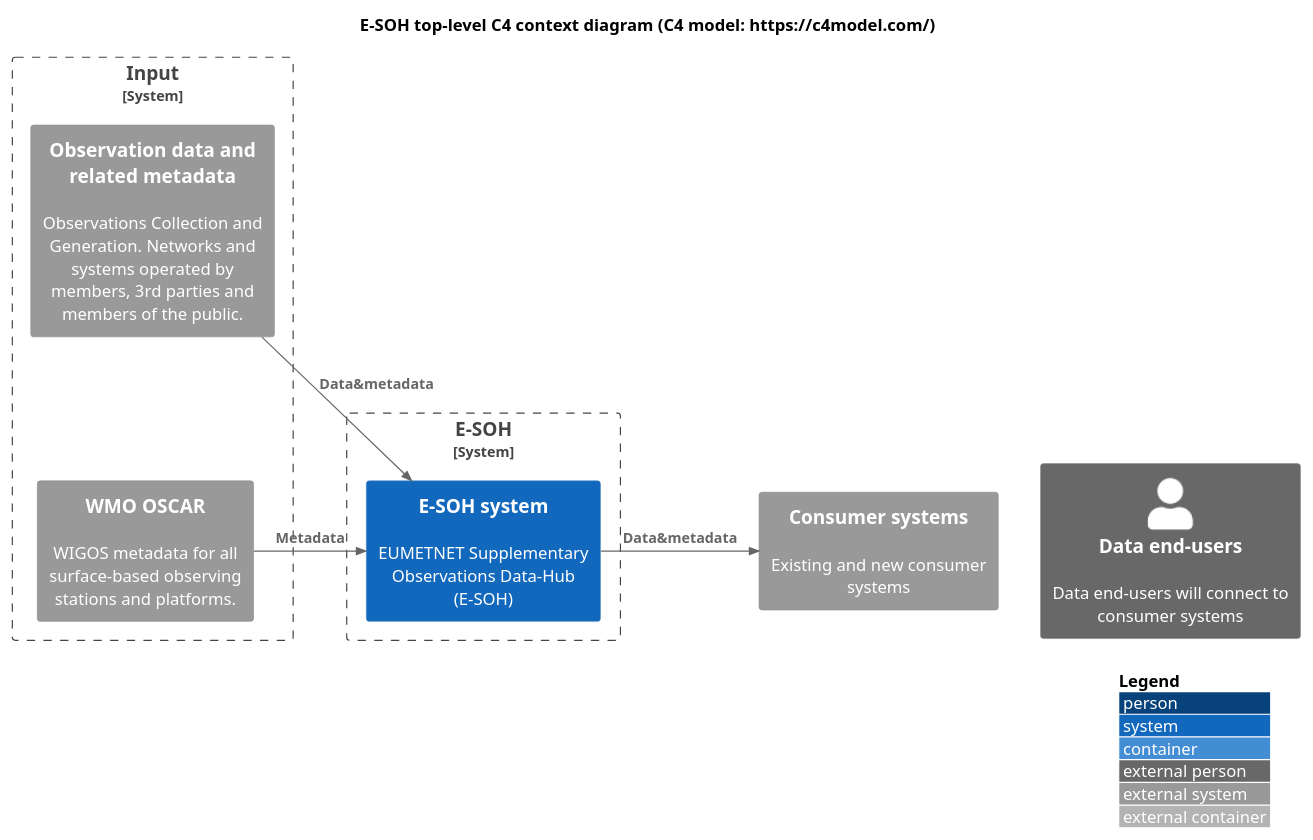
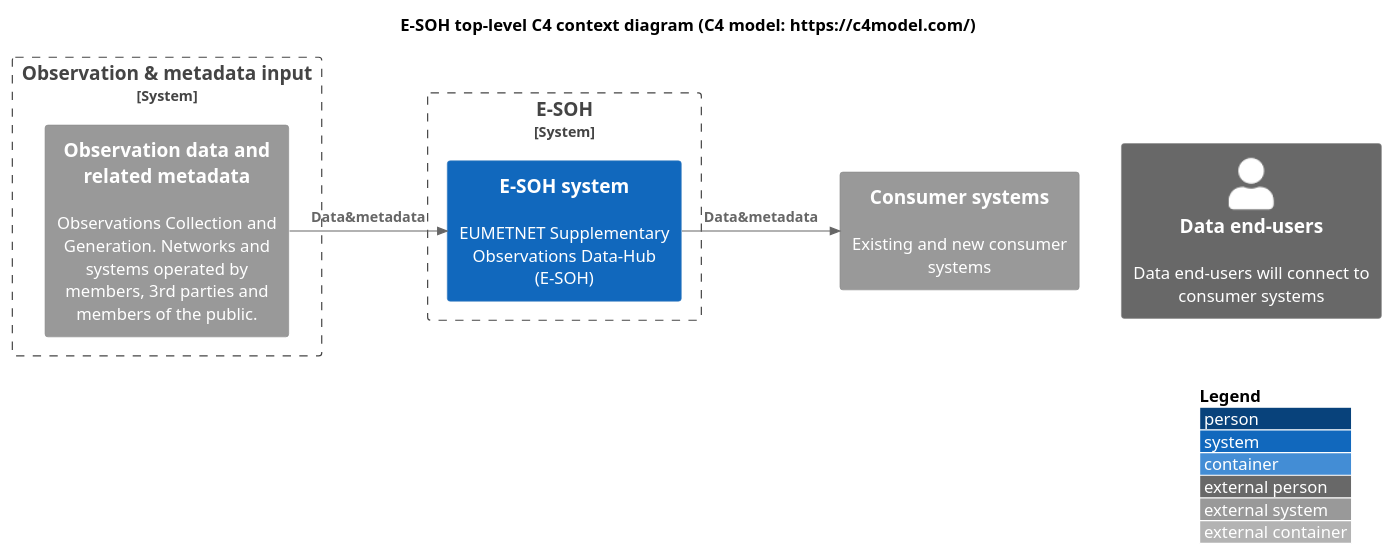
One commit to EURODEO/e-soh-c4 changed the diagram in 01-context-diagram-toplevel/E-SOH-C4-toplevel-context-diagram.puml. Above: the diagram before and after it, drawn with PlantUML. The commit also changed 2 other files, not shown here.

Commit message:
removed OSCAR from this diagram (meeting 2023-04-18)

```diff
--- a/01-context-diagram-toplevel/E-SOH-C4-toplevel-context-diagram.puml
+++ b/01-context-diagram-toplevel/E-SOH-C4-toplevel-context-diagram.puml
@@ -1,38 +1,35 @@
 @startuml "E-SOH-C4-toplevel-context-diagram"
 
 !include <C4/C4_Container>
 
 '!include https://raw.githubusercontent.com/plantuml-stdlib/C4-PlantUML/master/C4_Context.puml
 ' or use local:
 '!include C4_Context.puml
 
 'LAYOUT_TOP_DOWN()
 'LAYOUT_AS_SKETCH()
 LAYOUT_WITH_LEGEND()
 
 title E-SOH top-level C4 context diagram (C4 model: https://c4model.com/)
 
-'System_Boundary(c0, "Observation & metadata input") {
-System_Boundary(c0, "Input") {
+System_Boundary(c0, "Observation & metadata input") {
     System_Ext(srcsys, "Observation data and related metadata", "Observations Collection and Generation. Networks and systems operated by members, 3rd parties and members of the public.")
-    System_Ext(oscar, "WMO OSCAR", "WIGOS metadata for all surface-based observing stations and platforms.")
+'    System_Ext(oscar, "WMO OSCAR", "WIGOS metadata for all surface-based observing stations and platforms.")
 }
 
 System_Boundary(c1, "E-SOH") {
     System(esoh, "E-SOH system", "EUMETNET Supplementary Observations Data-Hub (E-SOH)")
 }
 
 Rel_R(srcsys, esoh, "Data&metadata")
-Rel_R(oscar, esoh, "Metadata")
 
 System_Ext(consys, "Consumer systems", "Existing and new consumer systems")
 Person_Ext(enduser, "Data end-users", "Data end-users will connect to consumer systems")
 
 Rel_R(esoh, consys, "Data&metadata")
 
 'layout wishes:
-Lay_U(oscar, srcsys)
 Lay_R(consys, enduser)
 
 
 @enduml
```
